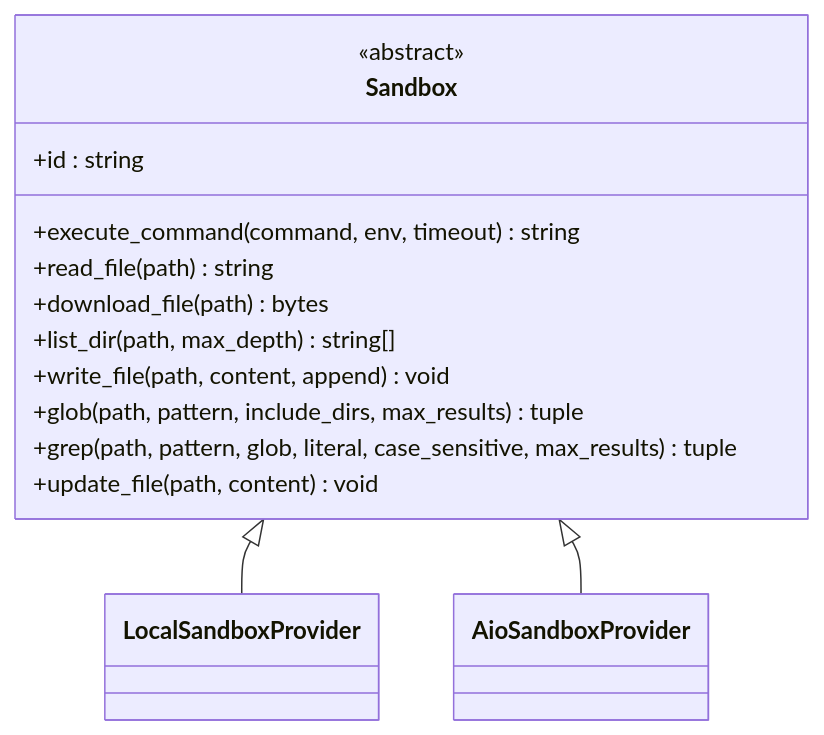
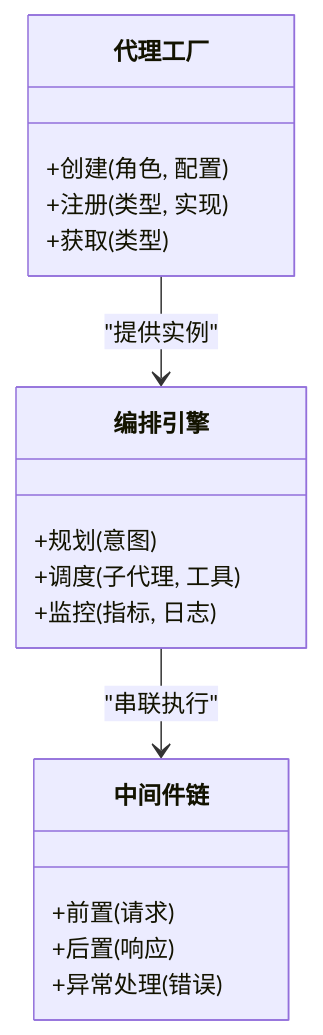
One commit to xfbyxq/deer-flow changed the third of 8 diagrams in .qoder/repowiki/zh/content/项目概述/项目介绍.md. Above: the diagram before and after it, drawn with Mermaid. The commit also changed other lines of this file and 621 other files, not shown here.

````diff
--- a/.qoder/repowiki/zh/content/项目概述/项目介绍.md
+++ b/.qoder/repowiki/zh/content/项目概述/项目介绍.md
@@ -183,19 +169,20 @@
 ```mermaid
 classDiagram
-class Sandbox {
-<<abstract>>
-+id : string
-+execute_command(command, env, timeout) string
-+read_file(path) string
-+download_file(path) bytes
-+list_dir(path, max_depth) string[]
-+write_file(path, content, append) void
-+glob(path, pattern, include_dirs, max_results) tuple
-+grep(path, pattern, glob, literal, case_sensitive, max_results) tuple
-+update_file(path, content) void
+class 代理工厂 {
++创建(角色, 配置)
++注册(类型, 实现)
++获取(类型)
 }
-class LocalSandboxProvider
-class AioSandboxProvider
-Sandbox <|-- LocalSandboxProvider
-Sandbox <|-- AioSandboxProvider
+class 编排引擎 {
++规划(意图)
++调度(子代理, 工具)
++监控(指标, 日志)
+}
+class 中间件链 {
++前置(请求)
++后置(响应)
++异常处理(错误)
+}
+代理工厂 --> 编排引擎 : "提供实例"
+编排引擎 --> 中间件链 : "串联执行"
 ```
````
